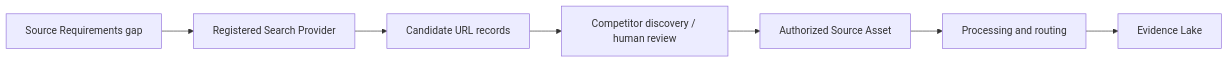
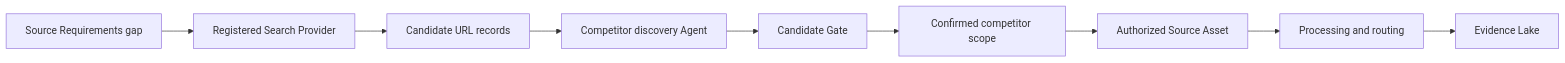
The sixth of 7 diagrams in docs/architecture.md (lnkloveating/agentinsight-eufy), drawn with Mermaid before and after one commit. The commit also changed other lines of this file and 4 other files, not shown here.

````diff
--- a/docs/architecture.md
+++ b/docs/architecture.md
@@ -122,9 +125,11 @@
 ```mermaid
 flowchart LR
     Gap["Source Requirements gap"] --> Search["Registered Search Provider"]
     Search --> Candidate["Candidate URL records"]
-    Candidate --> Gate["Competitor discovery / human review"]
-    Gate --> Source["Authorized Source Asset"]
+    Candidate --> Agent["Competitor discovery Agent"]
+    Agent --> Gate["Candidate Gate"]
+    Gate --> Scope["Confirmed competitor scope"]
+    Scope --> Source["Authorized Source Asset"]
     Source --> Processing["Processing and routing"]
     Processing --> Evidence["Evidence Lake"]
 ```
````
